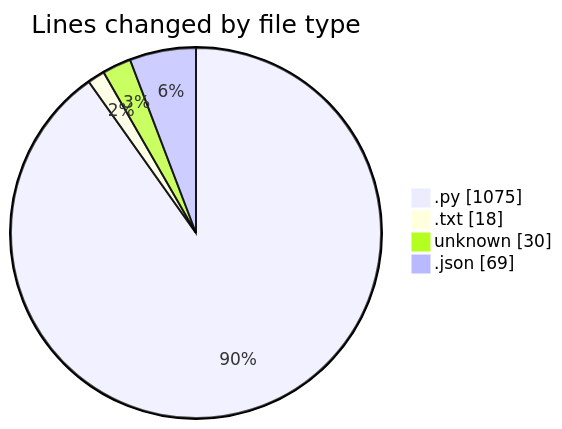
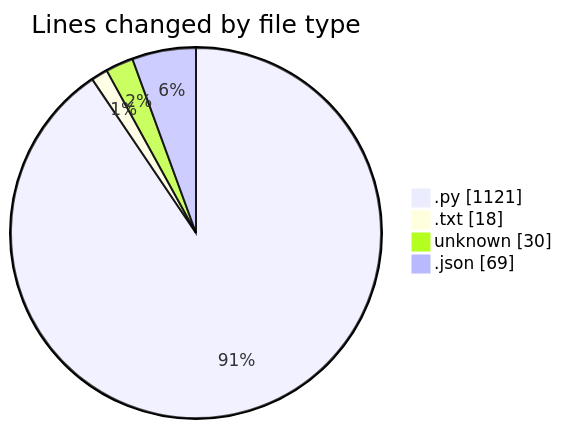
One commit to Unknowalive/code-tracking changed the first of 2 diagrams in 2026-07-03/researchlens/README.md. Above: the diagram before and after it, drawn with Mermaid. The commit also changed other lines of this file and 1 other file, not shown here.

````diff
--- a/2026-07-03/researchlens/README.md
+++ b/2026-07-03/researchlens/README.md
@@ -34,8 +34,8 @@
 ```mermaid
 pie showData
 title Lines changed by file type
-".py" : 1075
+".py" : 1121
 ".txt" : 18
 "unknown" : 30
 ".json" : 69
 ```
````
